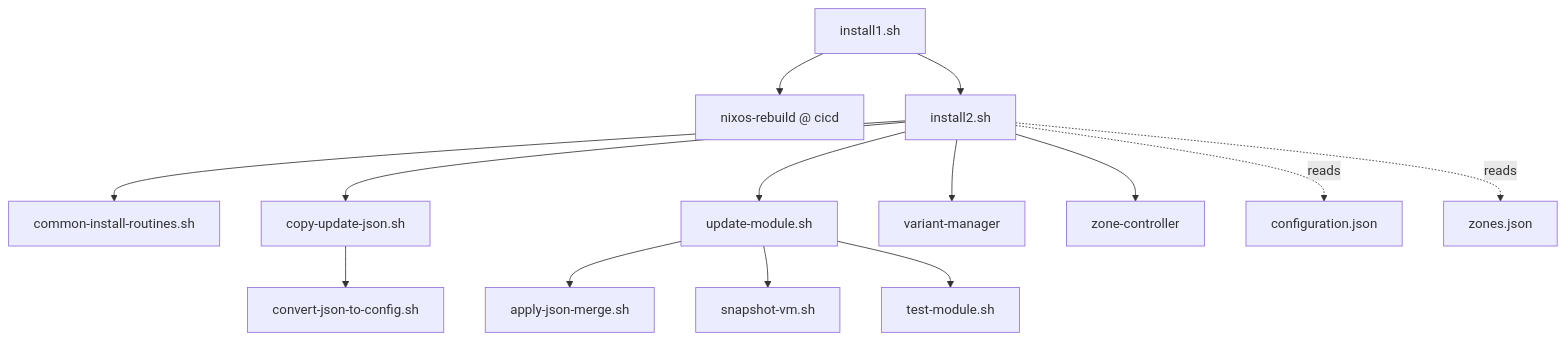
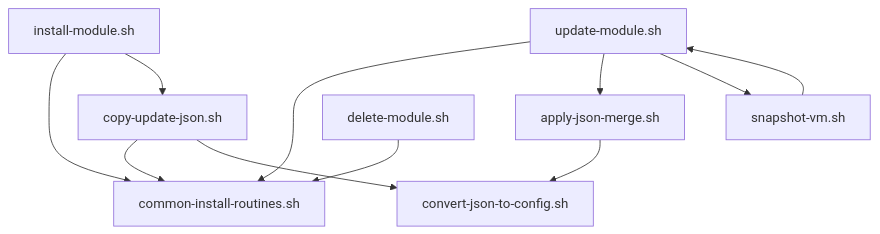
The second of 5 diagrams in src/foundation/DEPENDENCIES.md (TAPPaaS/TAPPaaS), drawn with Mermaid before and after one commit. The commit also changed other lines of this file and 181 other files, not shown here.

````diff
--- a/src/foundation/DEPENDENCIES.md
+++ b/src/foundation/DEPENDENCIES.md
@@ -117,16 +194,13 @@
 ```mermaid
 graph TD
-    I1["install1.sh"] --> RB["nixos-rebuild #64; cicd"]
-    I1 --> I2["install2.sh"]
-    I2 --> CIR["common-install-routines.sh"]
-    I2 --> CUJ["copy-update-json.sh"]
-    I2 --> UM["update-module.sh"]
-    I2 --> VM["variant-manager"]
-    I2 --> ZC["zone-controller"]
+    IM["install-module.sh"] --> CIR["common-install-routines.sh"]
+    IM --> CUJ["copy-update-json.sh"]
+    CUJ --> CIR
     CUJ --> CJC["convert-json-to-config.sh"]
+    UM["update-module.sh"] --> CIR
     UM --> AJM["apply-json-merge.sh"]
     UM --> SV["snapshot-vm.sh"]
-    UM --> TM["test-module.sh"]
-    I2 -.reads.-> CFG["configuration.json"]
-    I2 -.reads.-> ZN["zones.json"]
+    AJM --> CJC
+    SV --> UM
+    DM["delete-module.sh"] --> CIR
 ```
````
